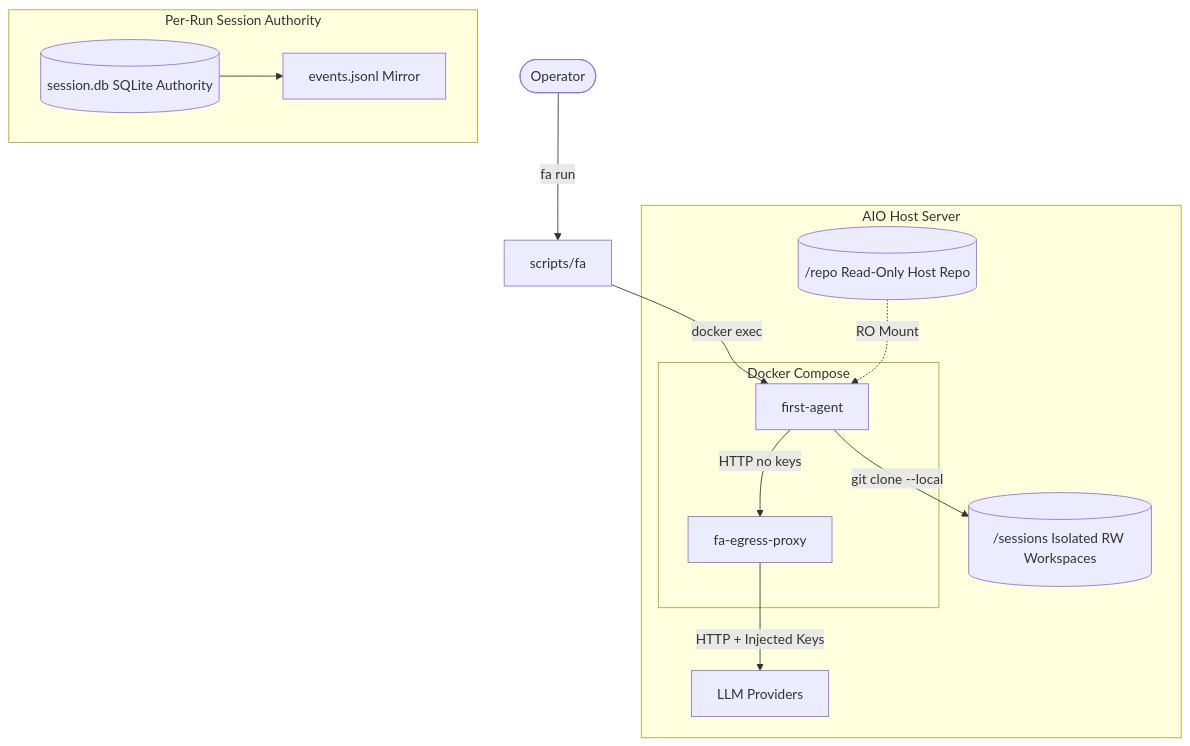
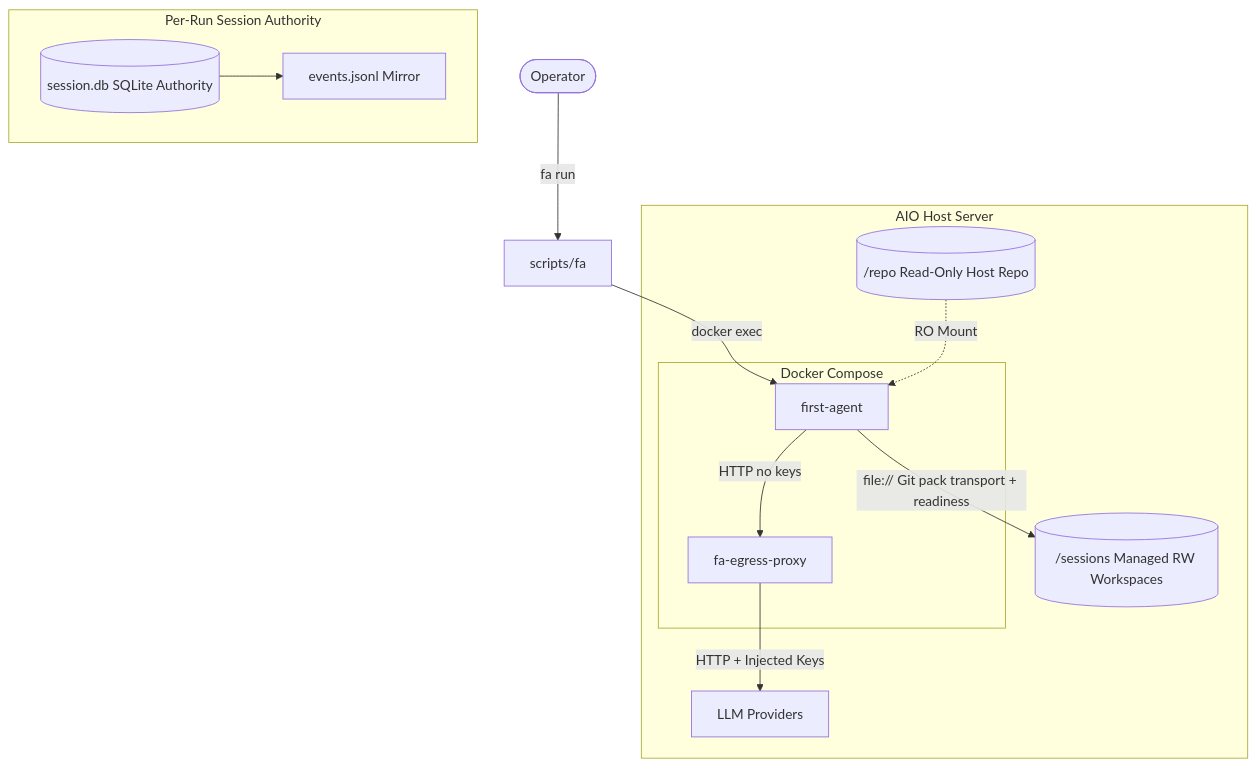
One commit to first-agent-dev/First-Agent-dev changed the diagram in README.md. Above: the diagram before and after it, drawn with Mermaid. The commit also changed other lines of this file and 64 other files, not shown here.

````diff
--- a/README.md
+++ b/README.md
@@ -23,26 +23,26 @@
 ```mermaid
 graph TD
     User([Operator]) -->|fa run| HostWrapper[scripts/fa]
     HostWrapper -->|docker exec| AgentContainer
 
     subgraph AIO Server [AIO Host Server]
         Repo[(/repo Read-Only Host Repo)]
 
         subgraph Docker Compose
             ProxyContainer[fa-egress-proxy]
             AgentContainer[first-agent]
         end
 
         AgentContainer -- HTTP no keys --> ProxyContainer
         ProxyContainer -- HTTP + Injected Keys --> LLM[LLM Providers]
 
         Repo -.->|RO Mount| AgentContainer
-        AgentContainer -->|git clone --local| Sessions[(/sessions Isolated RW Workspaces)]
+        AgentContainer -->|file:// Git pack transport + readiness| Sessions[(/sessions Managed RW Workspaces)]
     end
 
     subgraph Session Data [Per-Run Session Authority]
         SessionDB[(session.db SQLite Authority)]
         JSONL[events.jsonl Mirror]
         SessionDB --> JSONL
     end
 ```
````
